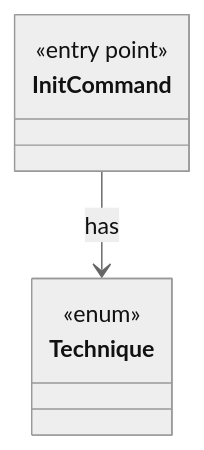
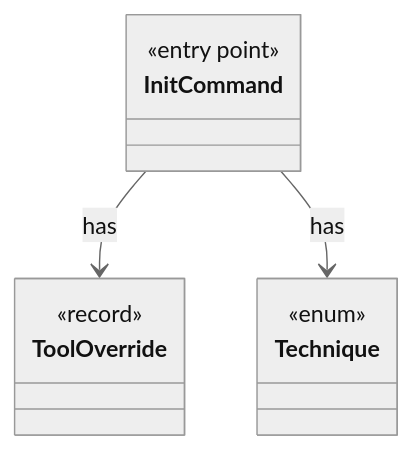
The diagram in dev/types/io.github.tlaplus.hardening.cli.InitCommand.md (tlaplus/model-checker-hardening), drawn with Mermaid (neutral theme) before and after one commit. The commit also changed other lines of this file and 439 other files, not shown here.

````diff
--- a/dev/types/io.github.tlaplus.hardening.cli.InitCommand.md
+++ b/dev/types/io.github.tlaplus.hardening.cli.InitCommand.md
@@ -9,10 +9,14 @@
 ```mermaid
 classDiagram
   class InitCommand {
     <<entry point>>
   }
+  class ToolOverride {
+    <<record>>
+  }
   class Technique {
     <<enum>>
   }
+  InitCommand --> ToolOverride : has
   InitCommand --> Technique : has
 ```
````
